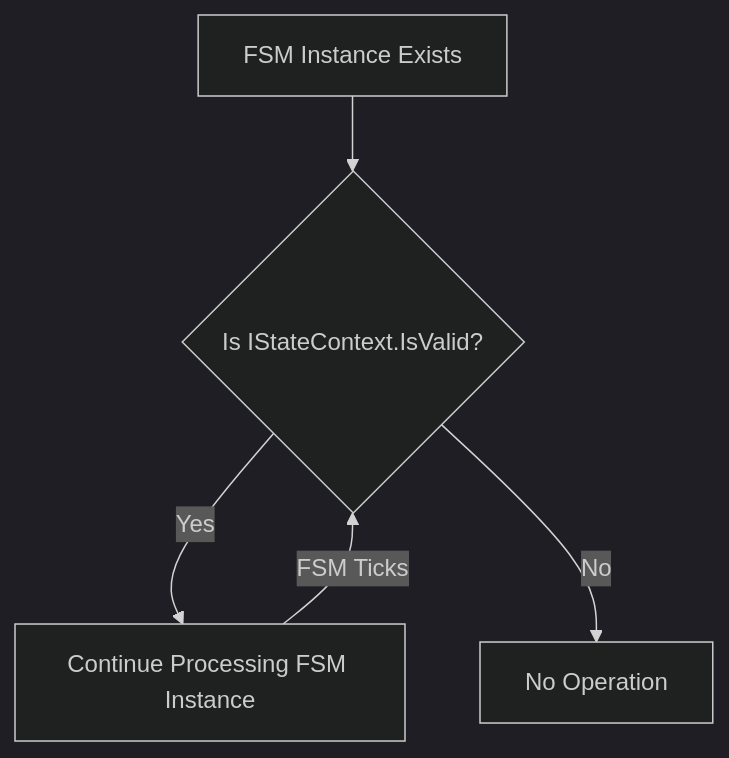
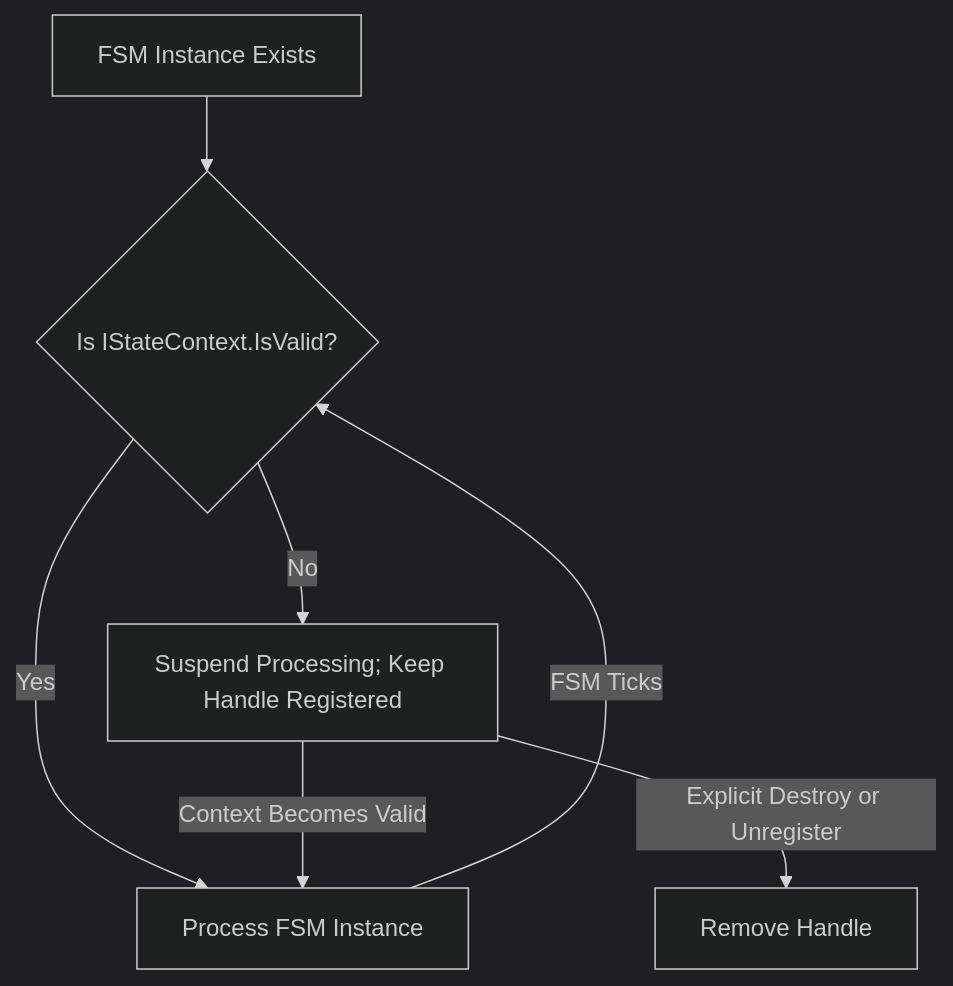
One commit to TrentBest/FSM_API changed the second of 2 diagrams in Documentation/Design/FSM_API/FSM_API/IStateContext/IStateContext.md. Above: the diagram before and after it, drawn with Mermaid (dark theme). The commit also changed other lines of this file, not shown here.

Commit message:
docs: align IStateContext lifecycle example

````diff
--- a/Documentation/Design/FSM_API/FSM_API/IStateContext/IStateContext.md
+++ b/Documentation/Design/FSM_API/FSM_API/IStateContext/IStateContext.md
@@ -50,7 +50,9 @@
 ```mermaid
 graph TD
     A[FSM Instance Exists] --> B{Is IStateContext.IsValid?};
-    B -- Yes --> C[Continue Processing FSM Instance];
-    B -- No --> D[No Operation];
+    B -- Yes --> C[Process FSM Instance];
+    B -- No --> D[Suspend Processing; Keep Handle Registered];
+    D -- Context Becomes Valid --> C;
     C -- FSM Ticks --> B;
+    D -- Explicit Destroy or Unregister --> E[Remove Handle];
 ```
````
